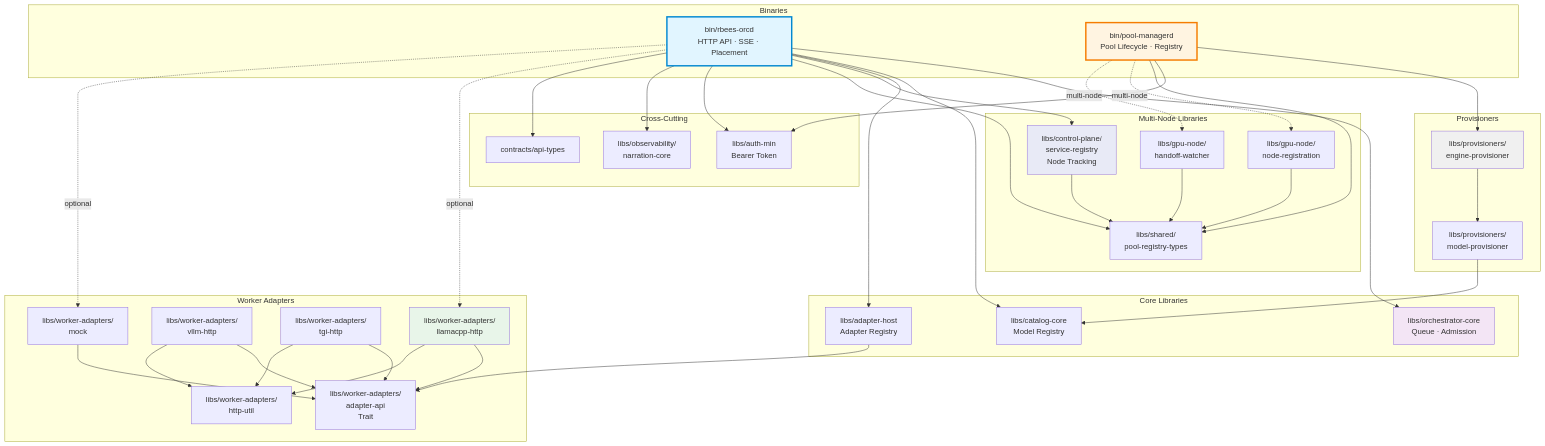
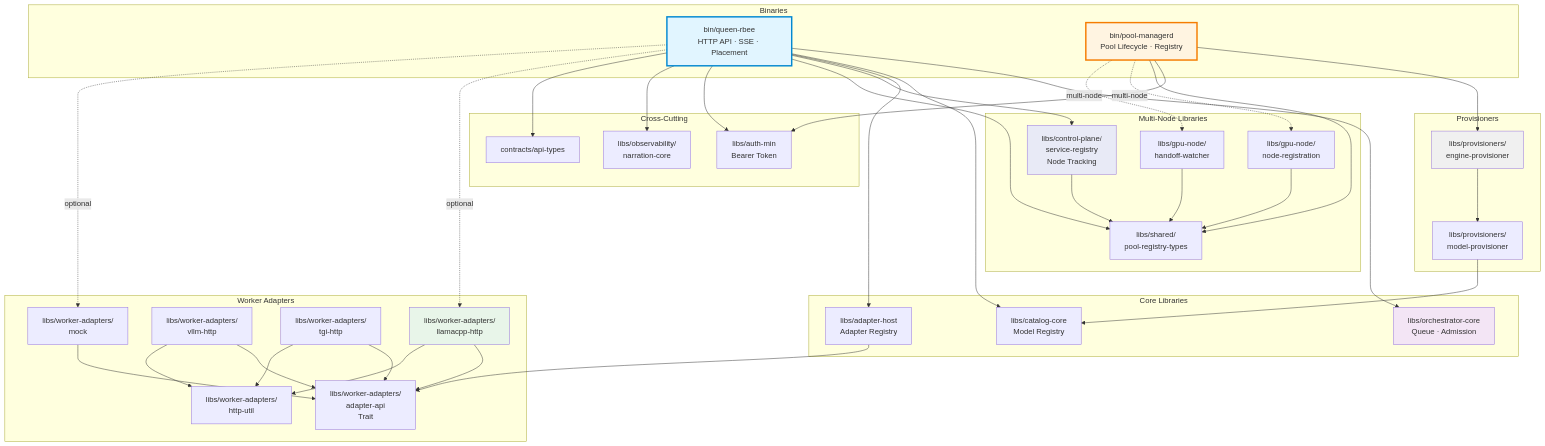
Before and after one commit to veighnsche/llama-orch: the third of 4 diagrams in README.md, drawn with Mermaid. The commit also changed other lines of this file and 358 other files, not shown here.

First line of the commit message:
Rebrand: rbees → rbee with specialized binary names

````diff
--- a/README.md
+++ b/README.md
@@ -333,75 +333,75 @@
 ```mermaid
 graph TB
     subgraph "Binaries"
-        ORCHD[bin/rbees-orcd<br/>HTTP API · SSE · Placement]
+        ORCHD[bin/queen-rbee<br/>HTTP API · SSE · Placement]
         POOLD[bin/pool-managerd<br/>Pool Lifecycle · Registry]
     end
     subgraph "Core Libraries"
         ORCHCORE[libs/orchestrator-core<br/>Queue · Admission]
         CATALOG[libs/catalog-core<br/>Model Registry]
         ADHOST[libs/adapter-host<br/>Adapter Registry]
     end
     subgraph "Multi-Node Libraries"
         SREG[libs/control-plane/<br/>service-registry<br/>Node Tracking]
         NODEREG[libs/gpu-node/<br/>node-registration]
         HANDOFF[libs/gpu-node/<br/>handoff-watcher]
         POOLTYPES[libs/shared/<br/>pool-registry-types]
     end
     subgraph "Worker Adapters"
         ADAPIAPI[libs/worker-adapters/<br/>adapter-api<br/>Trait]
         LLAMA[libs/worker-adapters/<br/>llamacpp-http]
         VLLM[libs/worker-adapters/<br/>vllm-http]
         TGI[libs/worker-adapters/<br/>tgi-http]
         MOCK[libs/worker-adapters/<br/>mock]
         HTTPUTIL[libs/worker-adapters/<br/>http-util]
     end
     subgraph "Provisioners"
         ENGPROV[libs/provisioners/<br/>engine-provisioner]
         MODPROV[libs/provisioners/<br/>model-provisioner]
     end
     subgraph "Cross-Cutting"
         AUTH[libs/auth-min<br/>Bearer Token]
         NARR[libs/observability/<br/>narration-core]
         APITYPES[contracts/api-types]
     end
-    %% rbees-orcd dependencies
+    %% queen-rbee dependencies
     ORCHD --> ORCHCORE
     ORCHD --> CATALOG
     ORCHD --> ADHOST
     ORCHD --> SREG
     ORCHD --> POOLTYPES
     ORCHD --> AUTH
     ORCHD --> NARR
     ORCHD --> APITYPES
     ORCHD -.->|optional| LLAMA
     ORCHD -.->|optional| MOCK
     %% pool-managerd dependencies
     POOLD --> ENGPROV
     POOLD --> AUTH
     POOLD --> POOLTYPES
     POOLD -.->|multi-node| NODEREG
     POOLD -.->|multi-node| HANDOFF
     %% adapter-host dependencies
     ADHOST --> ADAPIAPI
     %% adapter implementations
     LLAMA --> ADAPIAPI
     LLAMA --> HTTPUTIL
     VLLM --> ADAPIAPI
     VLLM --> HTTPUTIL
     TGI --> ADAPIAPI
     TGI --> HTTPUTIL
     MOCK --> ADAPIAPI
     %% provisioner dependencies
     ENGPROV --> MODPROV
     MODPROV --> CATALOG
     %% multi-node dependencies
     SREG --> POOLTYPES
     NODEREG --> POOLTYPES
     HANDOFF --> POOLTYPES
     style ORCHD fill:#e1f5ff,stroke:#0288d1,stroke-width:3px
     style POOLD fill:#fff4e1,stroke:#f57c00,stroke-width:3px
     style ORCHCORE fill:#f3e5f5
     style SREG fill:#e8eaf6
     style LLAMA fill:#e8f5e9
     style ENGPROV fill:#f0f0f0
 ```
````
